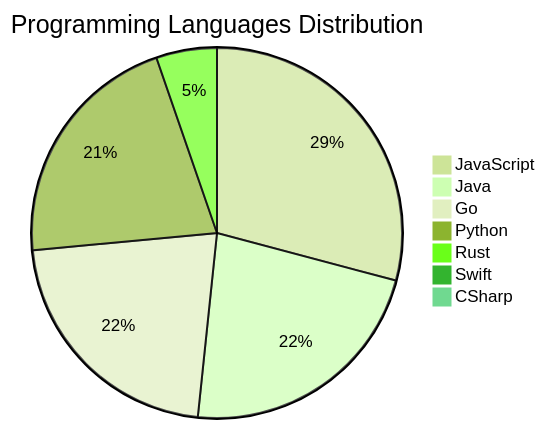
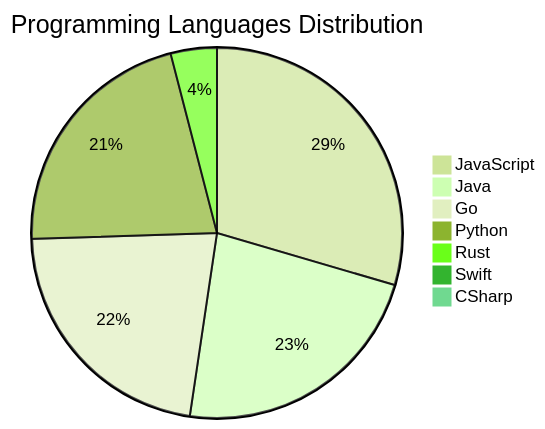
Before and after one commit to Derrick-MUGISHA/github-activity-bot: the diagram in README.md, drawn with Mermaid (forest theme). The commit also changed other lines of this file and 4 other files, not shown here.

````diff
--- a/README.md
+++ b/README.md
@@ -207,10 +207,10 @@
 ```mermaid
 pie title Programming Languages Distribution
     "JavaScript" : 44
     "Java" : 34
     "Go" : 33
     "Python" : 32
-    "Rust" : 8
+    "Rust" : 6
     "Swift" : 1
     "CSharp" : 1
 ```
````
